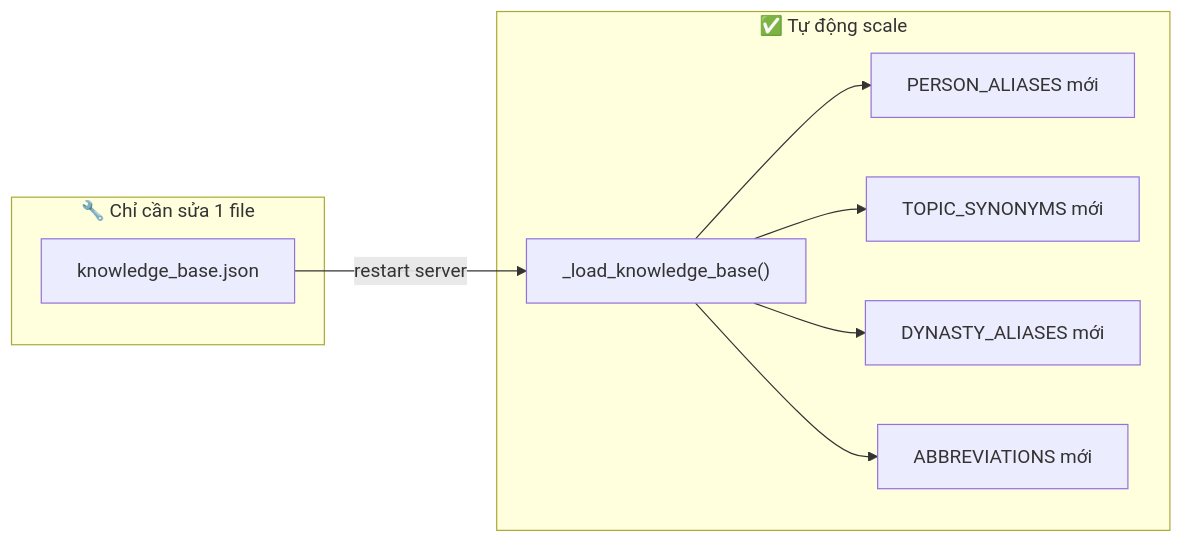
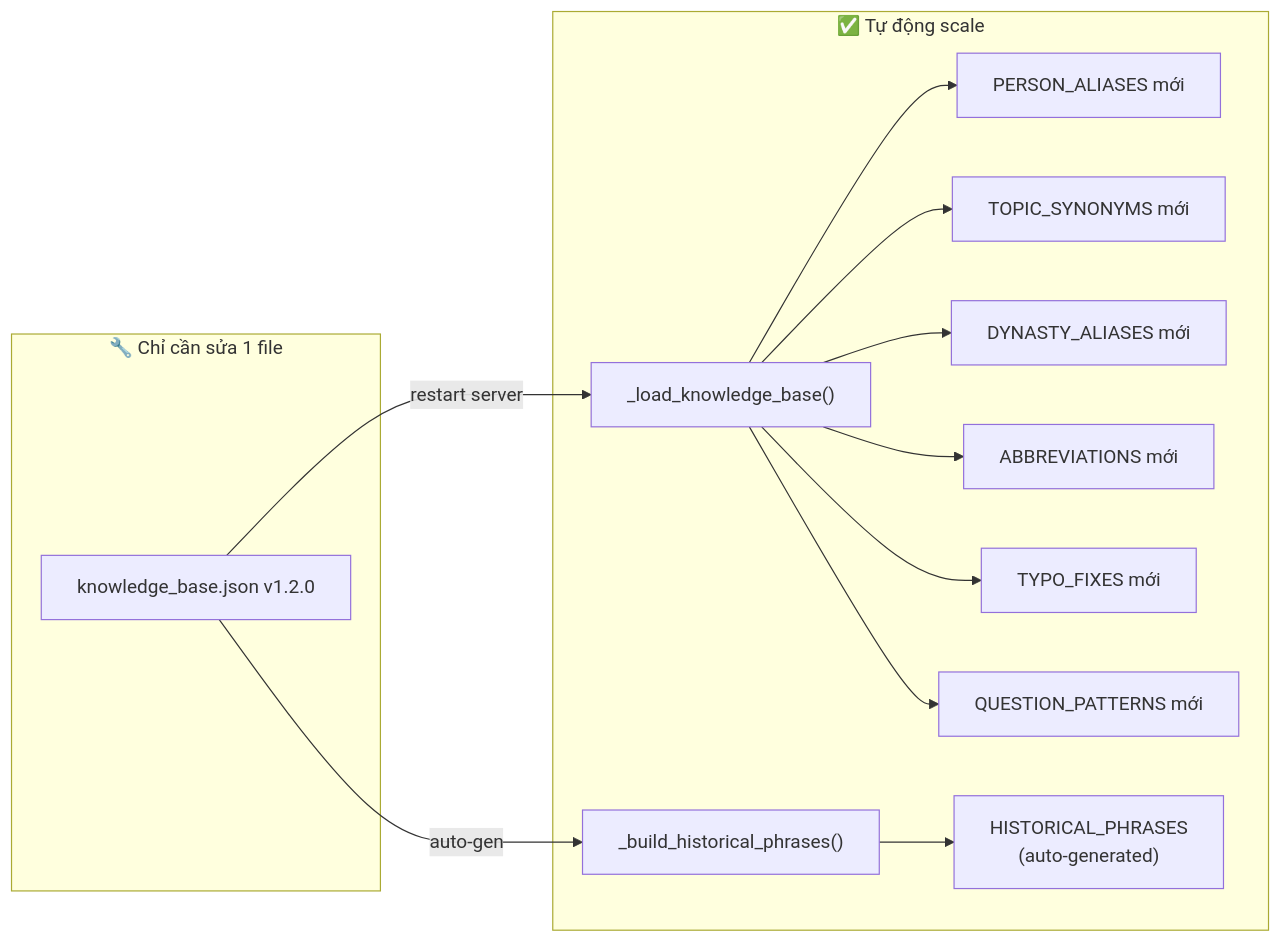
One commit to HistoryMindAI/vietnam_history_dataset changed the sixth of 6 diagrams in README.md. Above: the diagram before and after it, drawn with Mermaid. The commit also changed other lines of this file and 1 other file, not shown here.

````diff
--- a/README.md
+++ b/README.md
@@ -238,14 +244,18 @@
 ```mermaid
 graph LR
     subgraph "🔧 Chỉ cần sửa 1 file"
-        KB["knowledge_base.json"]
+        KB["knowledge_base.json v1.2.0"]
     end
 
     subgraph "✅ Tự động scale"
         KB --> |"restart server"| LOAD["_load_knowledge_base()"]
         LOAD --> A1["PERSON_ALIASES mới"]
         LOAD --> A2["TOPIC_SYNONYMS mới"]
         LOAD --> A3["DYNASTY_ALIASES mới"]
         LOAD --> A4["ABBREVIATIONS mới"]
+        LOAD --> A5["TYPO_FIXES mới"]
+        LOAD --> A6["QUESTION_PATTERNS mới"]
+        KB --> |"auto-gen"| PHRASES["_build_historical_phrases()"]
+        PHRASES --> A7["HISTORICAL_PHRASES<br/>(auto-generated)"]
     end
 ```
````
